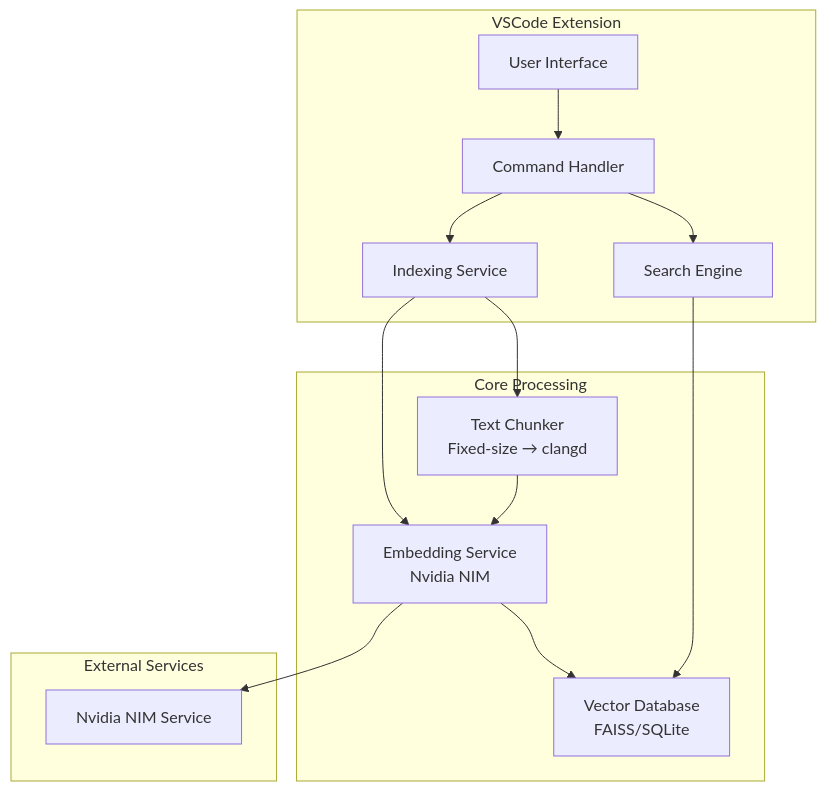
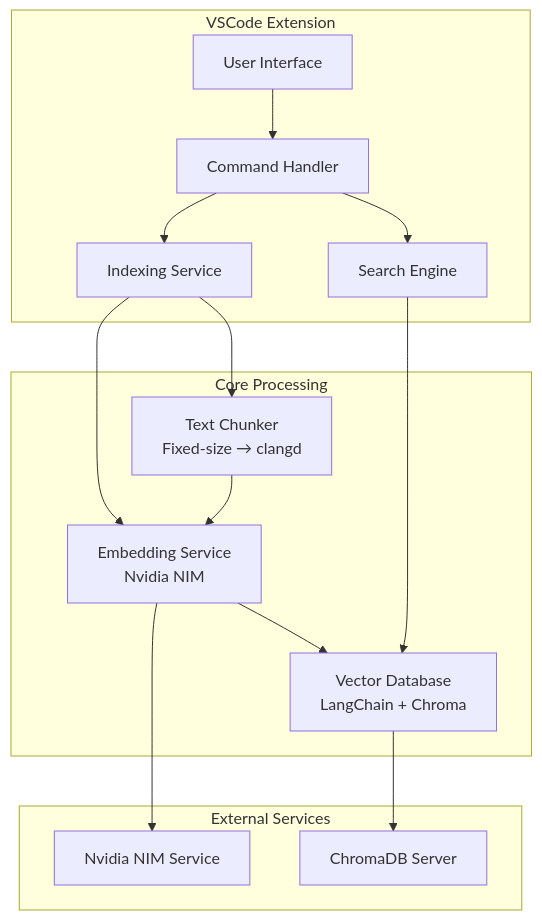
One commit to louisfghbvc/CppSeek changed the first of 3 diagrams in memory-bank/systemPatterns.md. Above: the diagram before and after it, drawn with Mermaid. The commit also changed other lines of this file and 28 other files, not shown here.

````diff
--- a/memory-bank/systemPatterns.md
+++ b/memory-bank/systemPatterns.md
@@ -5,29 +5,31 @@
 ```mermaid
 graph TB
     subgraph "VSCode Extension"
         UI[User Interface]
         CMD[Command Handler]
         IDX[Indexing Service]
         SEARCH[Search Engine]
     end
     
     subgraph "Core Processing"
         CHUNKER[Text Chunker<br/>Fixed-size → clangd]
         EMBED[Embedding Service<br/>Nvidia NIM]
-        VECTOR[Vector Database<br/>FAISS/SQLite]
+        VECTOR[Vector Database<br/>LangChain + Chroma]
     end
     
     subgraph "External Services"
         NIM[Nvidia NIM Service]
+        CHROMA[ChromaDB Server]
     end
     
     UI --> CMD
     CMD --> SEARCH
     CMD --> IDX
     IDX --> CHUNKER
     IDX --> EMBED
     EMBED --> VECTOR
     SEARCH --> VECTOR
     CHUNKER --> EMBED
     EMBED --> NIM
+    VECTOR --> CHROMA
 ```
````
